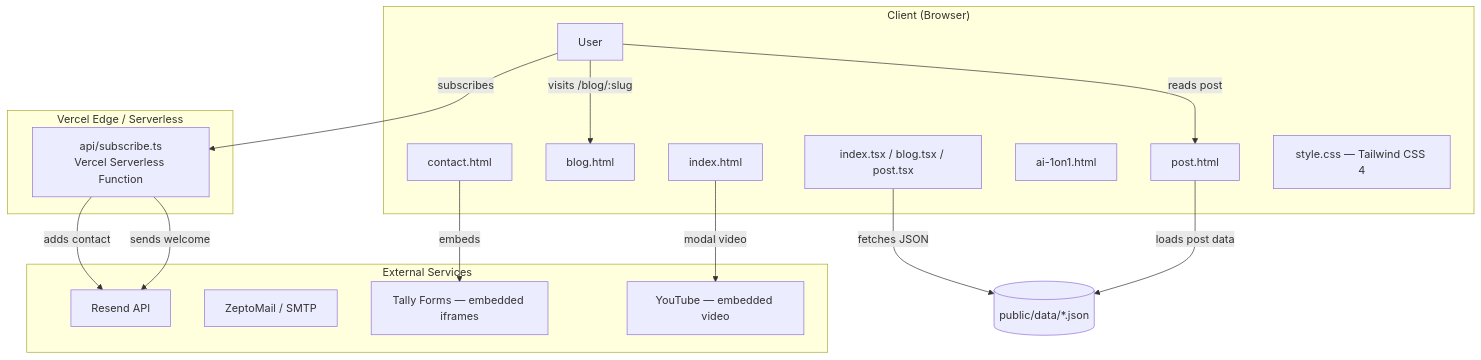
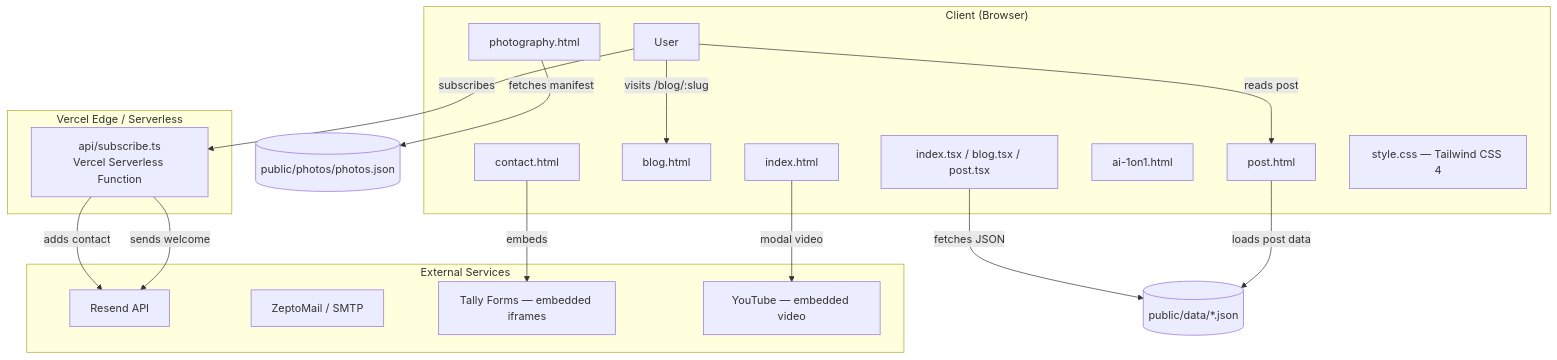
The diagram in ARCHITECTURE.md (adusingi/adusingi-web), drawn with Mermaid before and after one commit. The commit also changed other lines of this file, not shown here.

First line of the commit message:
Document the photography page in ARCHITECTURE.md

````diff
--- a/ARCHITECTURE.md
+++ b/ARCHITECTURE.md
@@ -110,34 +123,36 @@
 ```mermaid
 graph TD
     subgraph "Client (Browser)"
         U[User]
         P1[index.html]
         P2[blog.html]
         P3[post.html]
         P4[contact.html]
         P5[ai-1on1.html]
+        P6[photography.html]
         JS[index.tsx / blog.tsx / post.tsx]
         CSS[style.css — Tailwind CSS 4]
     end
 
     subgraph "Vercel Edge / Serverless"
         API[api/subscribe.ts<br/>Vercel Serverless Function]
     end
 
     subgraph "External Services"
         R[Resend API]
         Z[ZeptoMail / SMTP]
         T[Tally Forms — embedded iframes]
         Y[YouTube — embedded video]
     end
 
     U -->|visits /blog/:slug| P2
     U -->|reads post| P3
     U -->|subscribes| API
     API -->|adds contact| R
     API -->|sends welcome| R
     JS -->|fetches JSON| PD[(public/data/*.json)]
     P3 -->|loads post data| PD
     P4 -->|embeds| T
     P1 -->|modal video| Y
+    P6 -->|fetches manifest| PH[(public/photos/photos.json)]
 ```
````
